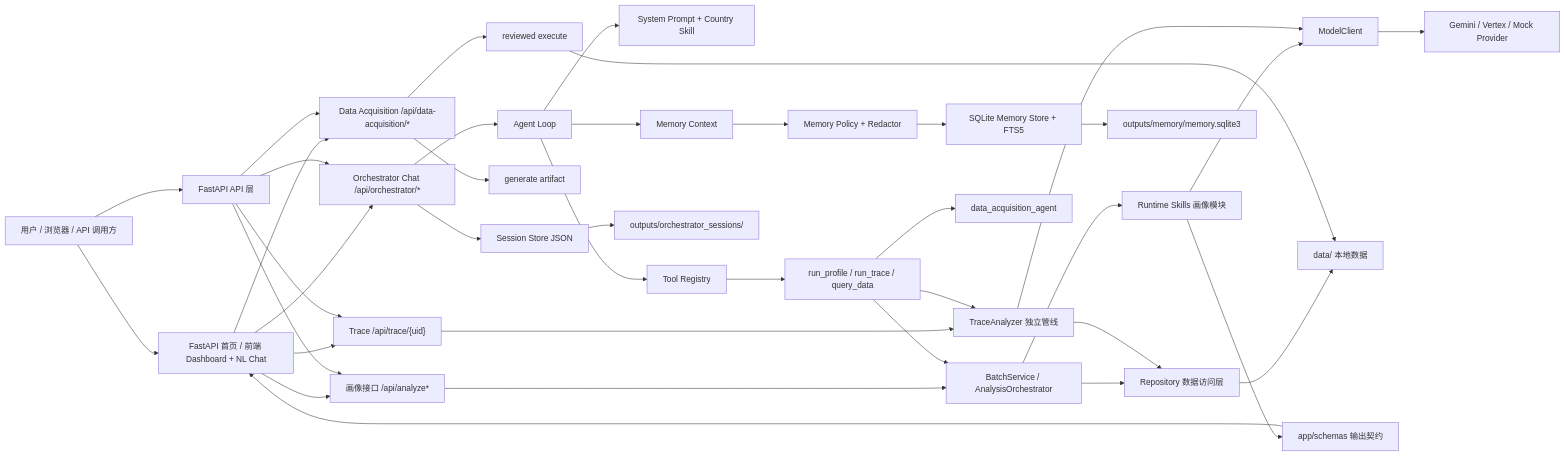
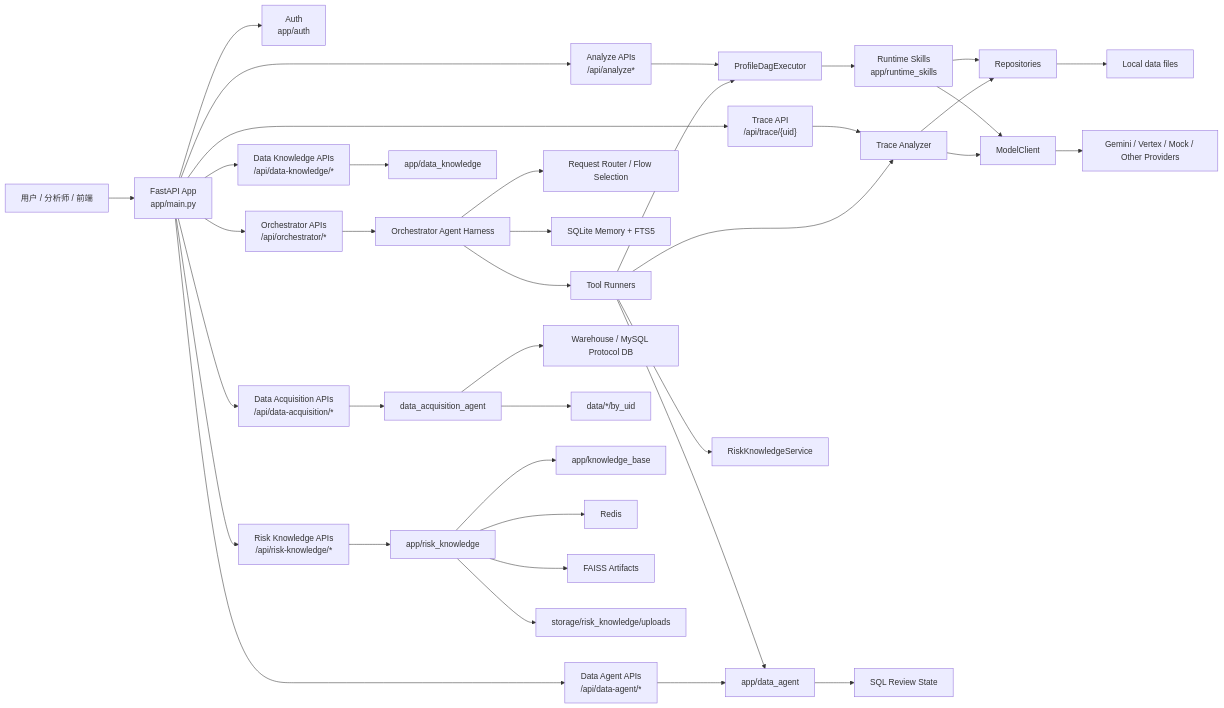
One commit to lizheng33193/CHORD changed the first of 4 diagrams in README.md. Above: the diagram before and after it, drawn with Mermaid. The commit also changed other lines of this file, not shown here.

````diff
--- a/README.md
+++ b/README.md
@@ -231,45 +61,49 @@
 ```mermaid
 flowchart LR
-  User["用户 / 浏览器 / API 调用方"] --> Frontend["FastAPI 首页 / 前端 Dashboard + NL Chat"]
-  User --> API["FastAPI API 层"]
+  User["用户 / 分析师 / 前端"] --> FastAPI["FastAPI App<br/>app/main.py"]
 
-  Frontend --> AnalyzeRoutes["画像接口 /api/analyze*"]
-  Frontend --> ChatRoutes["Orchestrator Chat /api/orchestrator/*"]
-  Frontend --> TraceRoute["Trace /api/trace/{uid}"]
-  Frontend --> DARoutes["Data Acquisition /api/data-acquisition/*"]
-  API --> AnalyzeRoutes
-  API --> ChatRoutes
-  API --> TraceRoute
-  API --> DARoutes
+  FastAPI --> Auth["Auth<br/>app/auth"]
+  FastAPI --> Analyze["Analyze APIs<br/>/api/analyze*"]
+  FastAPI --> Trace["Trace API<br/>/api/trace/{uid}"]
+  FastAPI --> Chat["Orchestrator APIs<br/>/api/orchestrator/*"]
+  FastAPI --> DataAgentApi["Data Agent APIs<br/>/api/data-agent/*"]
+  FastAPI --> DataKnowledgeApi["Data Knowledge APIs<br/>/api/data-knowledge/*"]
+  FastAPI --> DataAcqApi["Data Acquisition APIs<br/>/api/data-acquisition/*"]
+  FastAPI --> RiskAdminApi["Risk Knowledge APIs<br/>/api/risk-knowledge/*"]
 
-  AnalyzeRoutes --> BatchService["BatchService / AnalysisOrchestrator"]
-  BatchService --> Repository["Repository 数据访问层"]
-  BatchService --> RuntimeSkills["Runtime Skills 画像模块"]
+  Analyze --> ProfileDag["ProfileDagExecutor"]
+  ProfileDag --> RuntimeSkills["Runtime Skills<br/>app/runtime_skills"]
+  RuntimeSkills --> Repo["Repositories"]
   RuntimeSkills --> ModelClient["ModelClient"]
-  ModelClient --> Providers["Gemini / Vertex / Mock Provider"]
-  Repository --> DataFiles["data/ 本地数据"]
-  RuntimeSkills --> Schemas["app/schemas 输出契约"]
-  Schemas --> Frontend
 
-  TraceRoute --> TraceAnalyzer["TraceAnalyzer 独立管线"]
-  TraceAnalyzer --> Repository
+  Trace --> TraceAnalyzer["Trace Analyzer"]
+  TraceAnalyzer --> Repo
   TraceAnalyzer --> ModelClient
 
-  ChatRoutes --> SessionStore["Session Store JSON"]
-  ChatRoutes --> AgentLoop["Agent Loop"]
-  AgentLoop --> SystemPrompt["System Prompt + Country Skill"]
-  AgentLoop --> MemoryContext["Memory Context"]
-  AgentLoop --> ToolRegistry["Tool Registry"]
-  ToolRegistry --> ProfileTools["run_profile / run_trace / query_data"]
-  ProfileTools --> BatchService
-  ProfileTools --> TraceAnalyzer
-  ProfileTools --> DARuntime["data_acquisition_agent"]
-  MemoryContext --> MemoryPolicy["Memory Policy + Redactor"]
-  MemoryPolicy --> SQLiteMemory["SQLite Memory Store + FTS5"]
-  SQLiteMemory --> MemoryDB["outputs/memory/memory.sqlite3"]
-  SessionStore --> SessionFiles["outputs/orchestrator_sessions/"]
+  Chat --> AgentHarness["Orchestrator Agent Harness"]
+  AgentHarness --> FlowRouter["Request Router / Flow Selection"]
+  AgentHarness --> Memory["SQLite Memory + FTS5"]
+  AgentHarness --> Tools["Tool Runners"]
+  Tools --> ProfileDag
+  Tools --> TraceAnalyzer
+  Tools --> DataAgentSvc["app/data_agent"]
+  Tools --> RiskService["RiskKnowledgeService"]
 
-  DARoutes --> DAGenerate["generate artifact"]
-  DARoutes --> DAExecute["reviewed execute"]
-  DAExecute --> DataFiles
+  DataAgentApi --> DataAgentSvc
+  DataAgentSvc --> SqlReviewStore["SQL Review State"]
+
+  DataAcqApi --> DataAcq["data_acquisition_agent"]
+  DataAcq --> Warehouse["Warehouse / MySQL Protocol DB"]
+  DataAcq --> ByUid["data/*/by_uid"]
+
+  DataKnowledgeApi --> DataKnowledge["app/data_knowledge"]
+
+  RiskAdminApi --> RiskRuntime["app/risk_knowledge"]
+  RiskRuntime --> KB["app/knowledge_base"]
+  RiskRuntime --> Redis["Redis"]
+  RiskRuntime --> Faiss["FAISS Artifacts"]
+  RiskRuntime --> Uploads["storage/risk_knowledge/uploads"]
+
+  ModelClient --> Providers["Gemini / Vertex / Mock / Other Providers"]
+  Repo --> LocalData["Local data files"]
 ```
````
